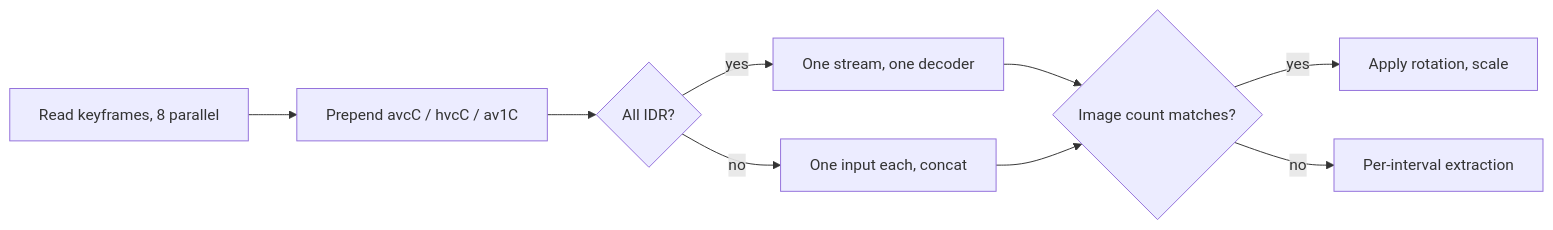
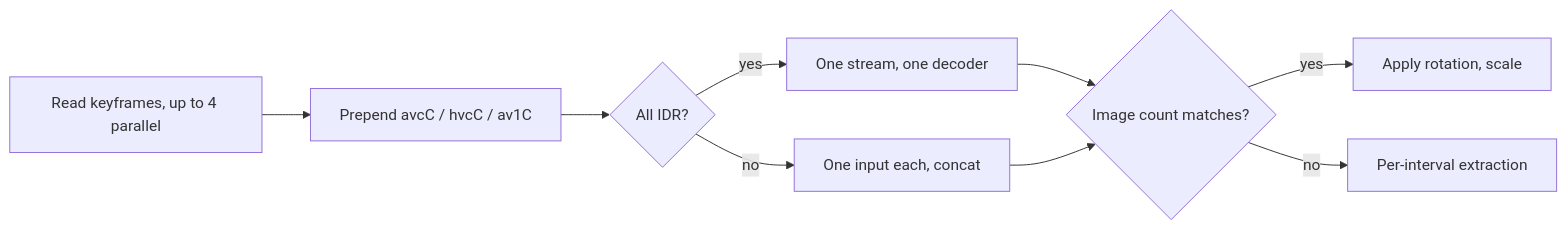
One commit to syudead/vv changed the third of 5 diagrams in docs/design-docs/seek-sprite-generation.md. Above: the diagram before and after it, drawn with Mermaid. The commit also changed 25 other files, not shown here.

````diff
--- a/docs/design-docs/seek-sprite-generation.md
+++ b/docs/design-docs/seek-sprite-generation.md
@@ -62,11 +62,11 @@
 ```mermaid
 flowchart LR
-  read[Read keyframes, 8 parallel] --> prep[Prepend avcC / hvcC / av1C]
+  read[Read keyframes, up to 4 parallel] --> prep[Prepend avcC / hvcC / av1C]
   prep --> idr{All IDR?}
   idr -->|yes| one[One stream, one decoder]
   idr -->|no| many[One input each, concat]
   one --> count{Image count matches?}
   many --> count
   count -->|yes| rotate[Apply rotation, scale]
   count -->|no| fallback[Per-interval extraction]
 ```
````
